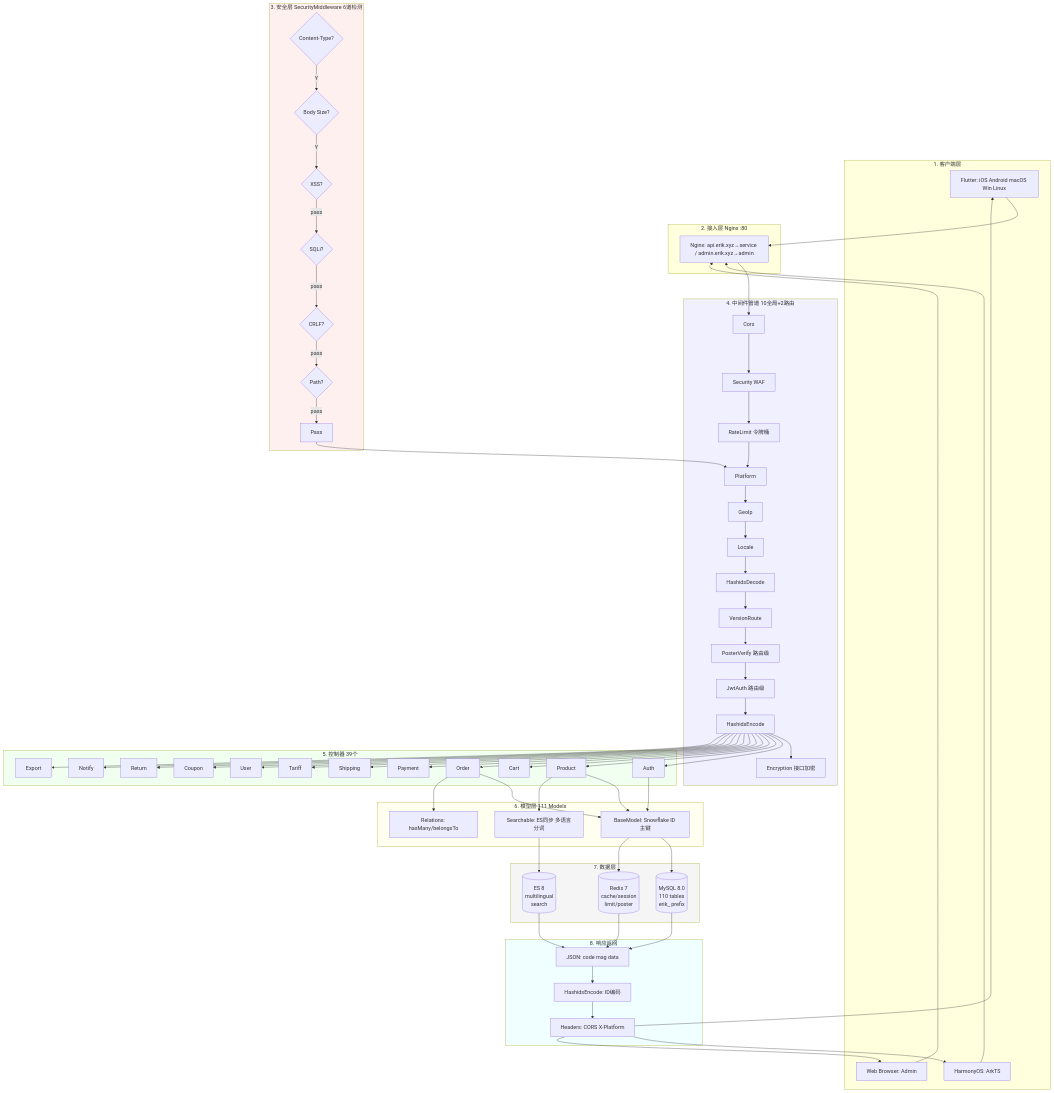
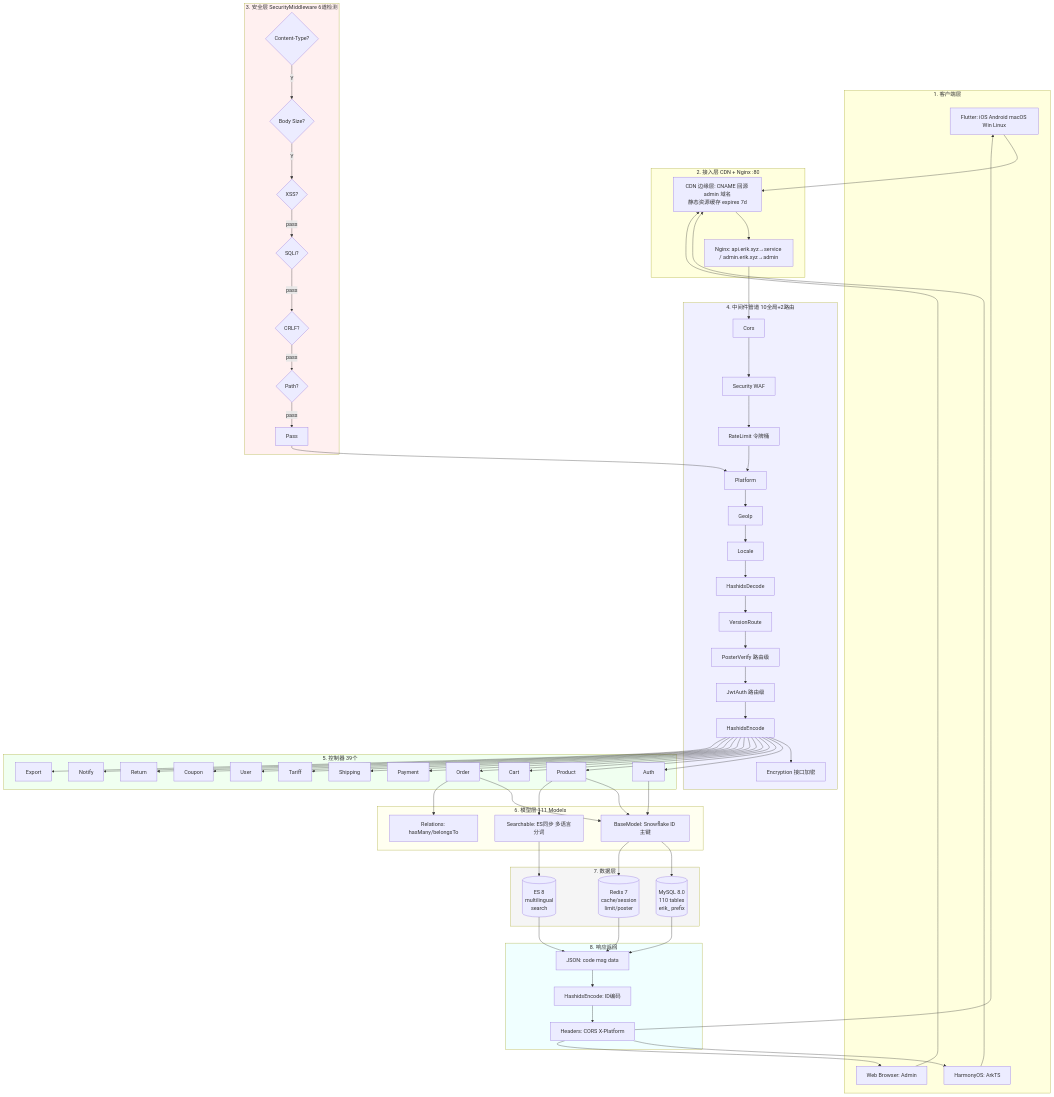
Before and after one commit to erikwang2013/erik-shop: the second of 6 diagrams in docs/architecture-full.md, drawn with Mermaid. The commit also changed other lines of this file and 191 other files, not shown here.

First line of the commit message:
v1.2.0：CDN 内容分发接入（Origin-Pull 回源 + 四大云厂商适配 + 管理端配置/刷新/日志 + 上传持久化 + 全文档与12语言i18n同步 + Crypto 捐赠图文入库）

````diff
--- a/docs/architecture-full.md
+++ b/docs/architecture-full.md
@@ -71,73 +71,74 @@
 ```mermaid
 graph TB
     subgraph Clients["1. 客户端层"]
         FL[Flutter: iOS Android macOS Win Linux]
         HM[HarmonyOS: ArkTS]
         WB[Web Browser: Admin]
     end
-    subgraph Gateway["2. 接入层 Nginx :80"]
+    subgraph Gateway["2. 接入层 CDN + Nginx :80"]
+        CDN[CDN 边缘层: CNAME 回源 admin 域名<br/>静态资源缓存 expires 7d]
         NG[Nginx: api.erik.xyz→service / admin.erik.xyz→admin]
     end
     subgraph Security["3. 安全层 SecurityMiddleware 6道检测"]
         CT{Content-Type?} -->|Y| BS{Body Size?}
         BS -->|Y| XS{XSS?}
         XS -->|pass| SQ{SQLi?}
         SQ -->|pass| CR{CRLF?}
         CR -->|pass| PT{Path?}
         PT -->|pass| PASS[Pass]
     end
     subgraph Pipeline["4. 中间件管道 10全局+2路由"]
         CORS[Cors] --> SEC[Security WAF]
         SEC --> RATE[RateLimit 令牌桶]
         RATE --> PLAT[Platform]
         PLAT --> GEO[GeoIp]
         GEO --> LOC[Locale]
         LOC --> HDEC[HashidsDecode]
         HDEC --> VER[VersionRoute]
         VER --> POSTV[PosterVerify 路由级]
         POSTV --> JWT[JwtAuth 路由级]
         JWT --> HENC[HashidsEncode]
         HENC --> ENC[Encryption 接口加密]
     end
     subgraph Controllers["5. 控制器 39个"]
         AUTH[Auth] & PROD[Product] & CART[Cart]
         ORD[Order] & PAY[Payment] & SHIP[Shipping]
         TARI[Tariff] & USER[User] & COUP[Coupon]
         RET[Return] & NOTI[Notify] & EXPORT[Export]
     end
     subgraph Models["6. 模型层 111 Models"]
         BM[BaseModel: Snowflake ID 主键]
         REL[Relations: hasMany/belongsTo]
         SRCH[Searchable: ES同步 多语言分词]
     end
     subgraph Data["7. 数据层"]
         MySQL[(MySQL 8.0<br/>110 tables<br/>erik_ prefix)]
         Redis[(Redis 7<br/>cache/session<br/>limit/poster)]
         ES[(ES 8<br/>multilingual<br/>search)]
     end
     subgraph Response["8. 响应返回"]
         JSON[JSON: code msg data]
         OUTENC[HashidsEncode: ID编码]
         HEADERS[Headers: CORS X-Platform]
     end
 
-    FL & HM & WB --> NG
+    FL & HM & WB --> CDN --> NG
     NG --> CORS
     PASS --> PLAT
     HENC --> AUTH & PROD & CART & ORD & PAY & SHIP & TARI & USER & COUP & RET & NOTI & EXPORT
     AUTH & PROD & ORD --> BM
     ORD --> REL
     PROD --> SRCH
     BM --> MySQL & Redis
     SRCH --> ES
     MySQL & Redis & ES --> JSON
     JSON --> OUTENC --> HEADERS
     HEADERS --> FL & HM & WB
 
     style Security fill:#fff0f0
     style Pipeline fill:#f0f0ff
     style Controllers fill:#f0fff0
     style Models fill:#fffff0
     style Data fill:#f5f5f5
     style Response fill:#f0ffff
 ```
````
